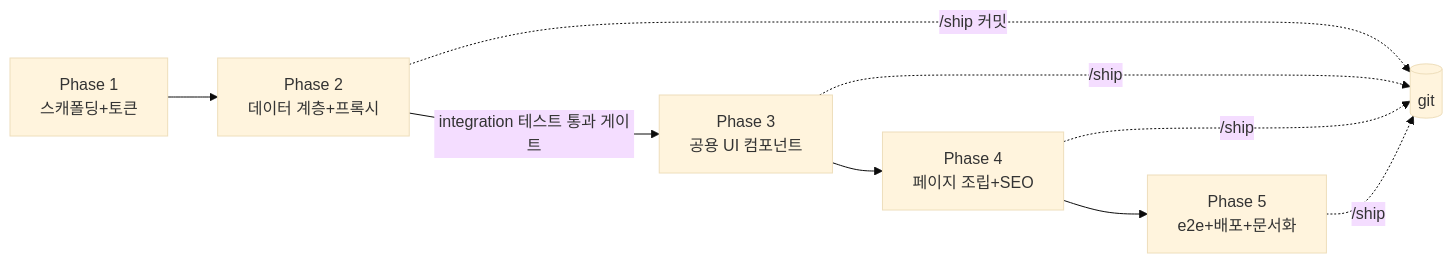
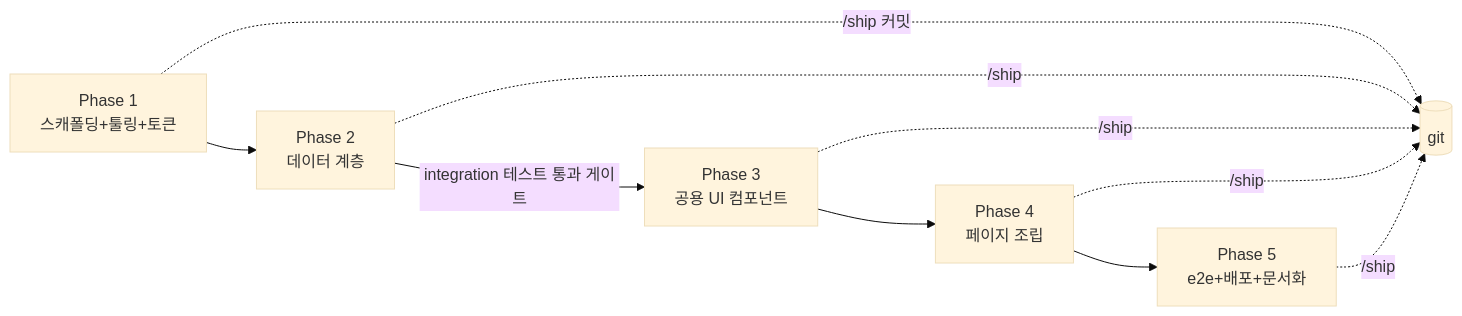
One commit to ingcco/cdri-books-KimInHyuck changed the first of 2 diagrams in .docs/plans/book-search-app.md. Above: the diagram before and after it, drawn with Mermaid (base theme). The commit also changed other lines of this file and 54 other files, not shown here.

````diff
--- a/.docs/plans/book-search-app.md
+++ b/.docs/plans/book-search-app.md
@@ -41,11 +43,12 @@
 ```mermaid
 flowchart LR
-    P1[Phase 1<br/>스캐폴딩+토큰] --> P2[Phase 2<br/>데이터 계층+프록시]
+    P1[Phase 1<br/>스캐폴딩+툴링+토큰] --> P2[Phase 2<br/>데이터 계층]
     P2 -->|integration 테스트 통과 게이트| P3[Phase 3<br/>공용 UI 컴포넌트]
-    P3 --> P4[Phase 4<br/>페이지 조립+SEO]
+    P3 --> P4[Phase 4<br/>페이지 조립]
     P4 --> P5[Phase 5<br/>e2e+배포+문서화]
-    P2 -.->|/ship 커밋| G[(git)]
+    P1 -.->|/ship 커밋| G[(git)]
+    P2 -.->|/ship| G
     P3 -.->|/ship| G
     P4 -.->|/ship| G
     P5 -.->|/ship| G
 ```
````
